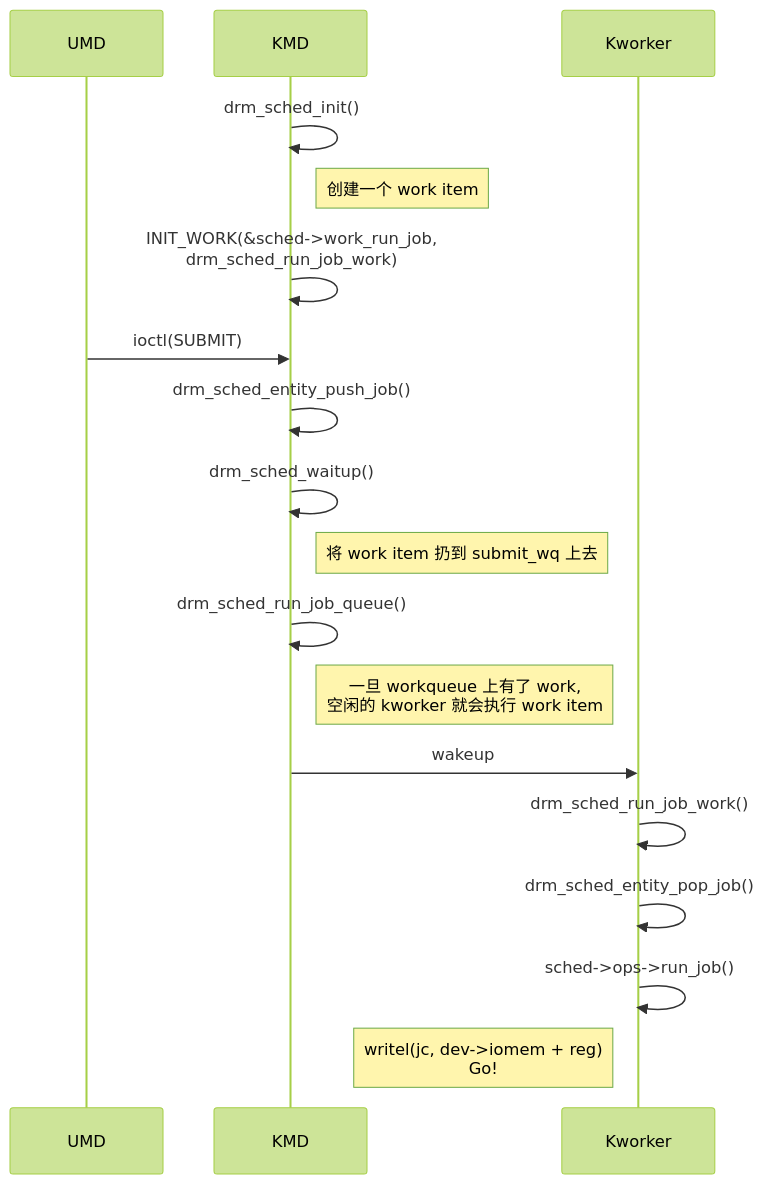
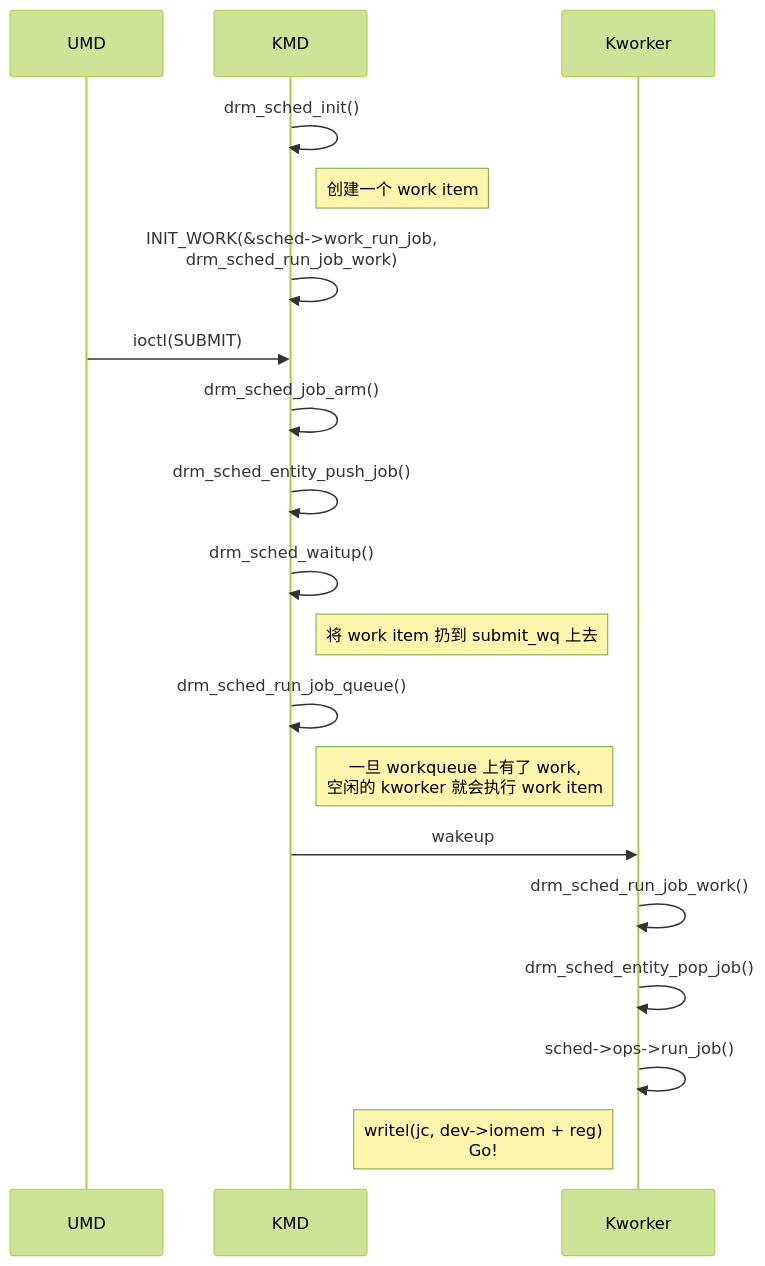
One commit to lucmann/lucmann.github.io changed the second of 2 diagrams in source/_posts/lnx/gpu-sched.md. Above: the diagram before and after it, drawn with Mermaid (forest theme). The commit also changed other lines of this file, not shown here.

````diff
--- a/source/_posts/lnx/gpu-sched.md
+++ b/source/_posts/lnx/gpu-sched.md
@@ -163,21 +163,22 @@
 ```mermaid
 sequenceDiagram
   participant UMD
   participant KMD
   participant Kworker
 
   KMD ->> KMD : drm_sched_init()
   note right of KMD : 创建一个 work item
   KMD ->> KMD : INIT_WORK(&sched->work_run_job,<br>drm_sched_run_job_work)
   UMD ->> KMD : ioctl(SUBMIT)
+  KMD ->> KMD : drm_sched_job_arm()
   KMD ->> KMD : drm_sched_entity_push_job()
   KMD ->> KMD : drm_sched_waitup()
   note right of KMD : 将 work item 扔到 submit_wq 上去
   KMD ->> KMD : drm_sched_run_job_queue()
   note right of KMD : 一旦 workqueue 上有了 work,<br>空闲的 kworker 就会执行 work item
   KMD ->> Kworker : wakeup
   Kworker ->> Kworker : drm_sched_run_job_work()
   Kworker ->> Kworker : drm_sched_entity_pop_job()
   Kworker ->> Kworker : sched->ops->run_job()
   note left of Kworker : writel(jc, dev->iomem + reg)<br>Go!
 ```
````
